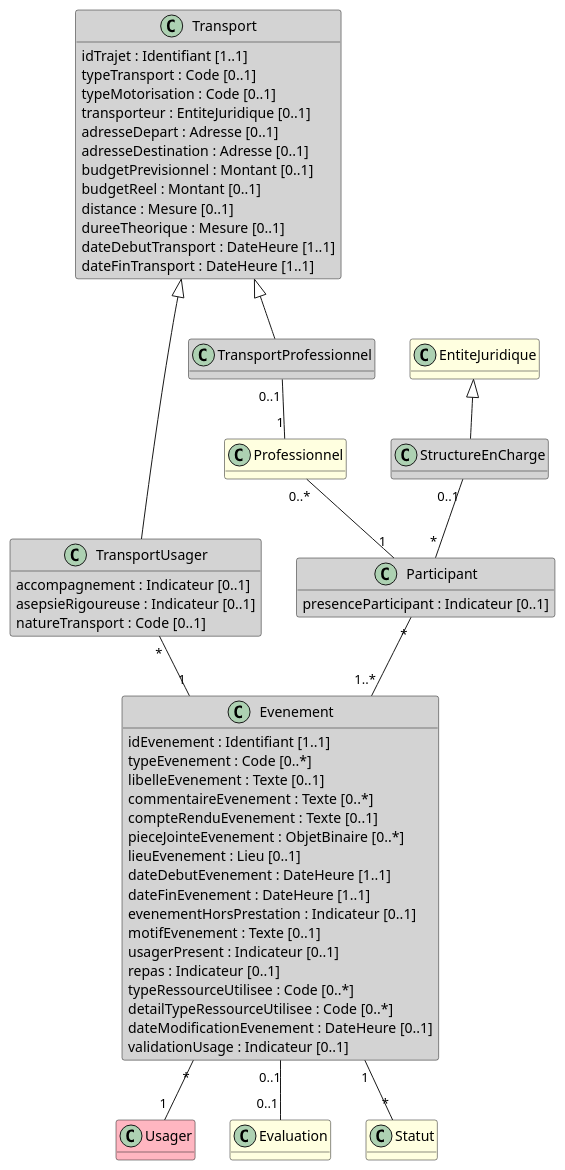
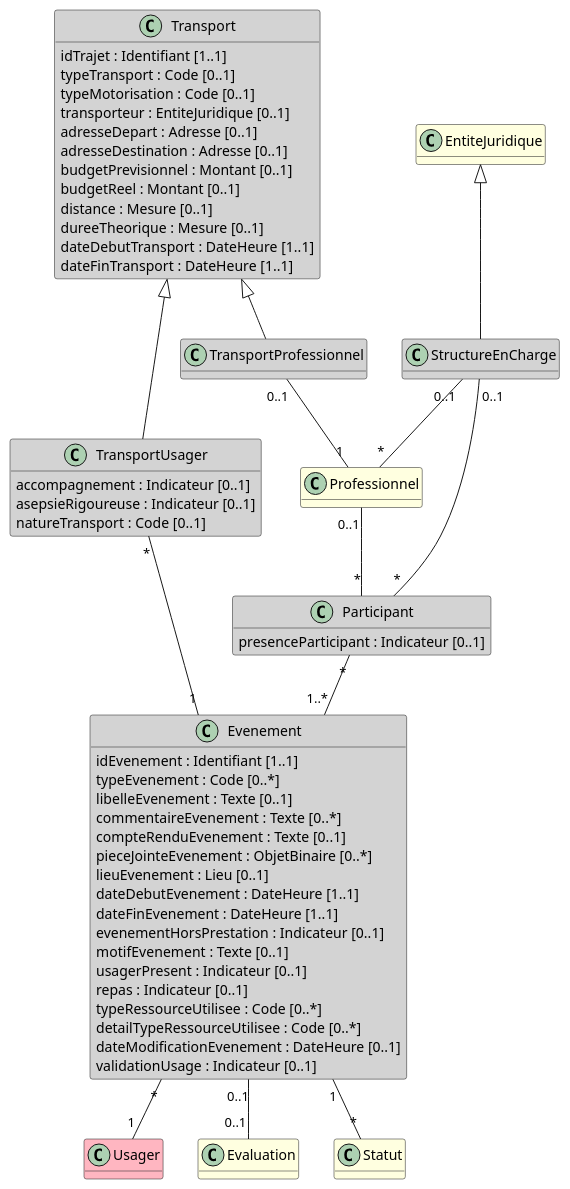
One commit to ansforge/IG-fhir-medicosocial-transfert-donnees-dui changed the diagram in input/images-source/bloc_evenement.plantuml. Above: the diagram before and after it, drawn with PlantUML. The commit also changed 1 other file, not shown here.

```diff
--- a/input/images-source/bloc_evenement.plantuml
+++ b/input/images-source/bloc_evenement.plantuml
@@ -1,84 +1,84 @@
 @startuml
 
 hide empty methods
 
 class Usager #LightPink
 
 class TransportProfessionnel #LightGray
 
 class Evaluation #LightYellow
 
 class Professionnel #LightYellow
 
 class EntiteJuridique #LightYellow
 
 class StructureEnCharge #LightGray
 
 class Statut #LightYellow 
 
 class Transport #LightGray {
     idTrajet : Identifiant [1..1]
     typeTransport : Code [0..1]
     typeMotorisation : Code [0..1]
     transporteur : EntiteJuridique [0..1]
     adresseDepart : Adresse [0..1]
     adresseDestination : Adresse [0..1]
     budgetPrevisionnel : Montant [0..1]
     budgetReel : Montant [0..1]
     distance : Mesure [0..1]
     dureeTheorique : Mesure [0..1]
     dateDebutTransport : DateHeure [1..1]
     dateFinTransport : DateHeure [1..1]
 }
 
 class TransportUsager #LightGray {
     accompagnement : Indicateur [0..1]
     asepsieRigoureuse : Indicateur [0..1]
     natureTransport : Code [0..1]
 }
 
 class Evenement #LightGray {
     idEvenement : Identifiant [1..1]
     typeEvenement : Code [0..*]
     libelleEvenement : Texte [0..1]
     commentaireEvenement : Texte [0..*]
     compteRenduEvenement : Texte [0..1]
     pieceJointeEvenement : ObjetBinaire [0..*]
     lieuEvenement : Lieu [0..1]
     dateDebutEvenement : DateHeure [1..1]
     dateFinEvenement : DateHeure [1..1]
     evenementHorsPrestation : Indicateur [0..1]
     motifEvenement : Texte [0..1]
     usagerPresent : Indicateur [0..1]
     repas : Indicateur [0..1]
     typeRessourceUtilisee : Code [0..*]
     detailTypeRessourceUtilisee : Code [0..*]
     dateModificationEvenement : DateHeure [0..1]
     validationUsage : Indicateur [0..1]
 }
 
 class Participant #LightGray {
     presenceParticipant : Indicateur [0..1]
 }
 
 Transport <|- TransportUsager
 Transport <|-- TransportProfessionnel
 
 EntiteJuridique <|-- StructureEnCharge
 
 Evenement "*" -- "1" Usager
 Participant "*" -- "1..*" Evenement
-Professionnel "0..*" -- "1" Participant
+Professionnel "0..1" -- "*" Participant
 
 
 TransportUsager "*" -- "1" Evenement
 
 TransportProfessionnel "0..1" -- "1" Professionnel
 
 Evenement "0..1" -- "0..1" Evaluation
 Evenement "1" -- "*" Statut
 
 StructureEnCharge "0..1" -- "*" Participant
-
+StructureEnCharge "0..1" -- "*" Professionnel
 
 @enduml
```
